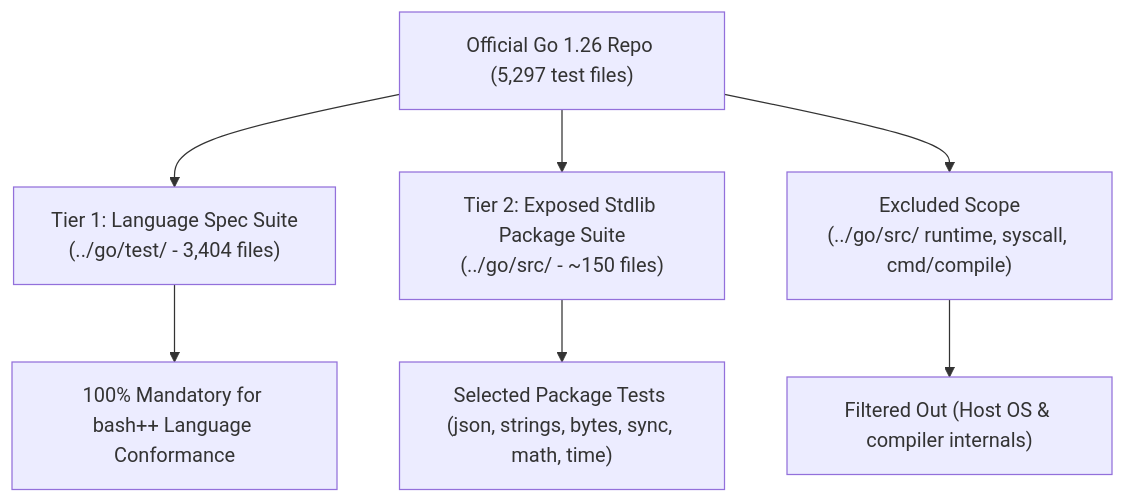
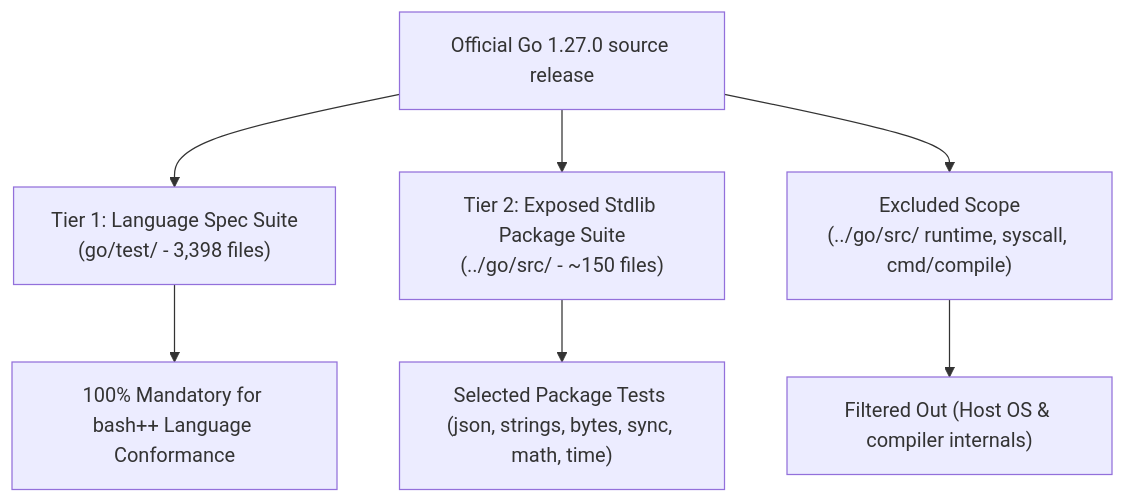
The first of 2 diagrams in PLAN.md (qiangli/bashpp-tests), drawn with Mermaid before and after one commit. The commit also changed other lines of this file and 10 other files, not shown here.

````diff
--- a/PLAN.md
+++ b/PLAN.md
@@ -17,10 +18,10 @@
 ```mermaid
 graph TD
-    A["Official Go 1.26 Repo (5,297 test files)"] --> B["Tier 1: Language Spec Suite<br>(../go/test/ - 3,404 files)"]
+    A["Official Go 1.27.0 source release"] --> B["Tier 1: Language Spec Suite<br>(go/test/ - 3,398 files)"]
     A --> C["Tier 2: Exposed Stdlib Package Suite<br>(../go/src/ - ~150 files)"]
     A --> D["Excluded Scope<br>(../go/src/ runtime, syscall, cmd/compile)"]
 
     B --> E["100% Mandatory for bash++ Language Conformance"]
     C --> F["Selected Package Tests (json, strings, bytes, sync, math, time)"]
     D --> G["Filtered Out (Host OS & compiler internals)"]
 ```
````
